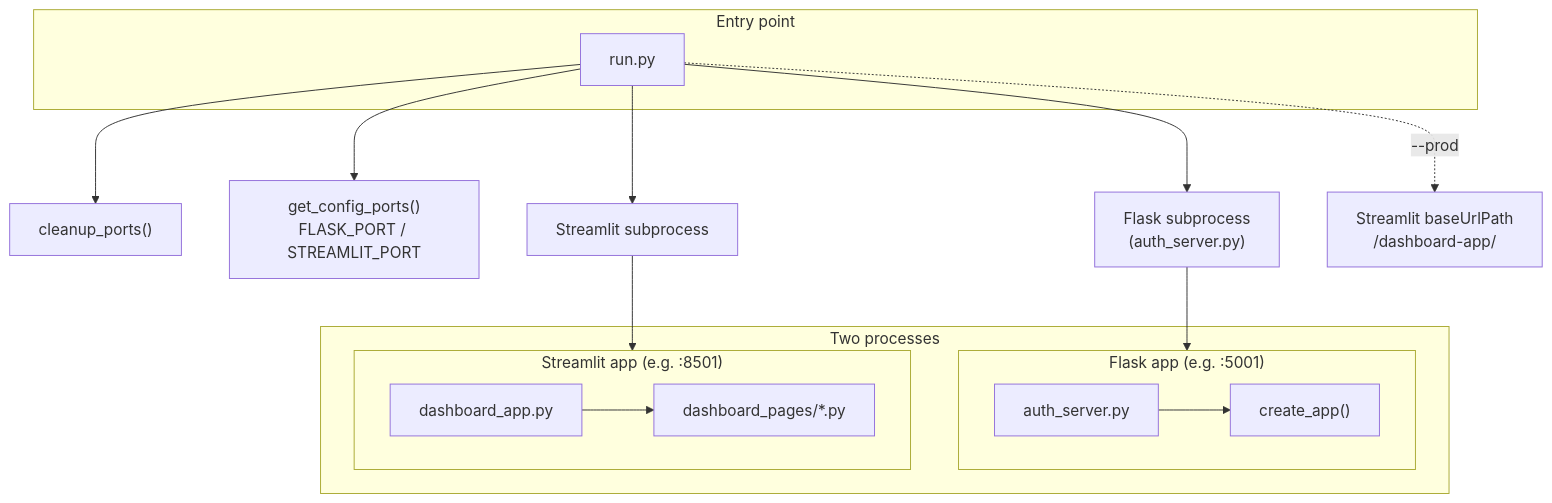
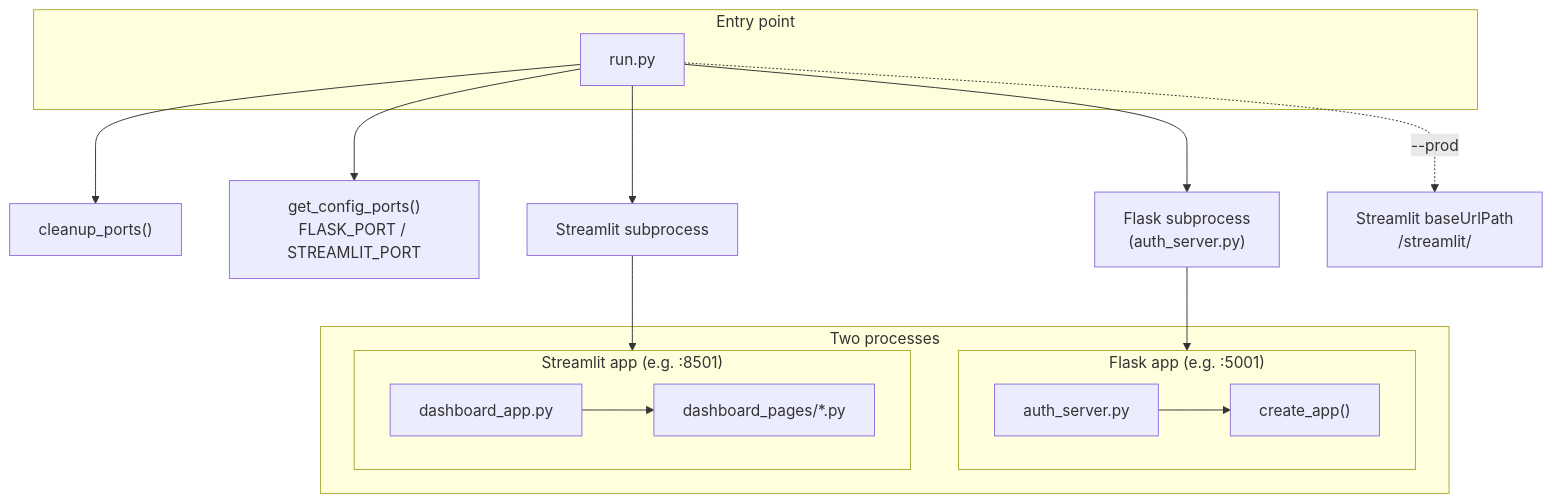
The first of 7 diagrams in docs/ARCHITECTURE_DIAGRAM.md (ramadlana/streamlit-starter), drawn with Mermaid before and after one commit. The commit also changed other lines of this file and 12 other files, not shown here.

Commit message:
refactor: Remove AGENTS.md, DESIGN_SYSTEM.md, FRAMEWORK_GUIDE.md, and SPECS.md; update README.md to reflect changes in architecture and environment setup, including new Streamlit proxy path and installation instructions.

````diff
--- a/docs/ARCHITECTURE_DIAGRAM.md
+++ b/docs/ARCHITECTURE_DIAGRAM.md
@@ -9,29 +9,29 @@
 ```mermaid
 flowchart TB
     subgraph entry["Entry point"]
         RUN["run.py"]
     end
 
     RUN --> cleanup["cleanup_ports()"]
     RUN --> config["get_config_ports()\nFLASK_PORT / STREAMLIT_PORT"]
     RUN --> streamlit_cmd["Streamlit subprocess"]
     RUN --> flask_cmd["Flask subprocess\n(auth_server.py)"]
 
     subgraph processes["Two processes"]
         subgraph flask["Flask app (e.g. :5001)"]
             AUTH["auth_server.py"]
             CREATE["create_app()"]
             AUTH --> CREATE
         end
         subgraph streamlit["Streamlit app (e.g. :8501)"]
             DASH["dashboard_app.py"]
             PAGES["dashboard_pages/*.py"]
             DASH --> PAGES
         end
     end
 
     streamlit_cmd --> streamlit
     flask_cmd --> flask
 
-    RUN -.->|"--prod"| basePath["Streamlit baseUrlPath\n/dashboard-app/"]
+    RUN -.->|"--prod"| basePath["Streamlit baseUrlPath\n/streamlit/"]
 ```
````
